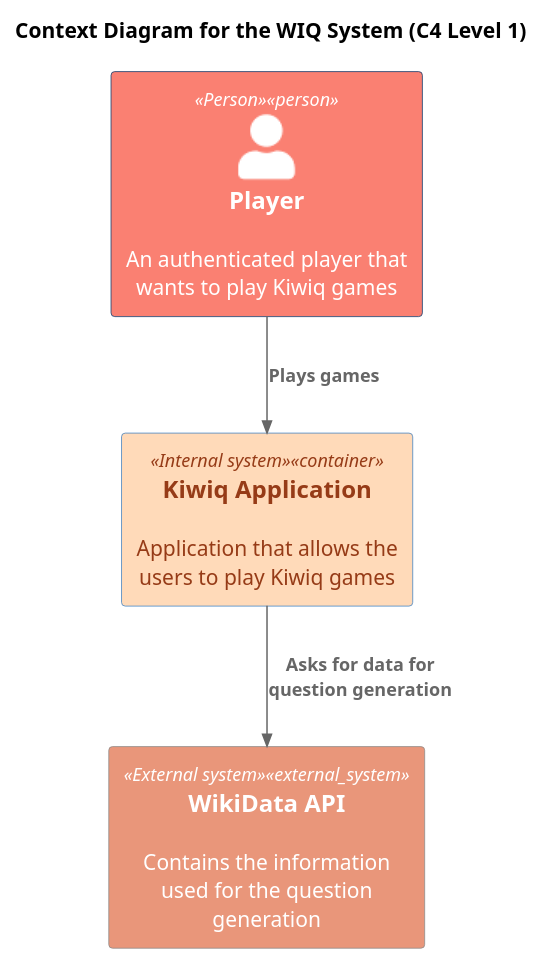
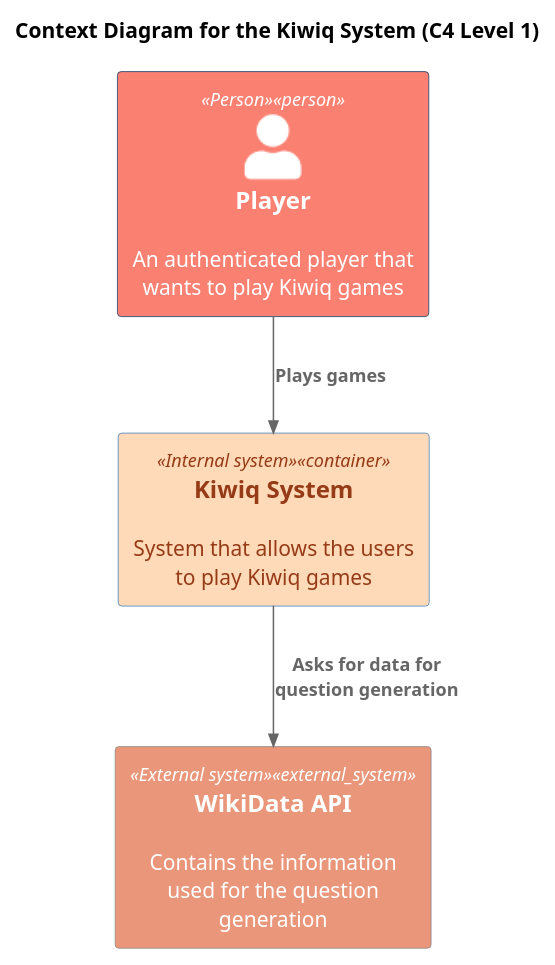
One commit to Arquisoft/wiq_en2b changed the diagram in docs/diagrams/c4/C4-Level1.puml. Above: the diagram before and after it, drawn with PlantUML. The commit also changed 1 other file, not shown here.

Commit message:
docs: c4 level 1 and 2

```diff
--- a/docs/diagrams/c4/C4-Level1.puml
+++ b/docs/diagrams/c4/C4-Level1.puml
@@ -1,21 +1,21 @@
 @startuml
 !includeurl https://raw.githubusercontent.com/RicardoNiepel/C4-PlantUML/master/C4_Container.puml
 !include <c4/C4_Context.puml>
 
-title Context Diagram for the WIQ System (C4 Level 1)
+title Context Diagram for the Kiwiq System (C4 Level 1)
 AddElementTag("Person", $bgColor="#salmon", $fontColor="#white")
 AddElementTag("Internal system", $bgColor="#peachpuff", $fontColor="#963b17")
 AddElementTag("External system", $bgColor="#darksalmon", $fontColor="#white")
 
 'Containers
 Person(player, Player,"An authenticated player that wants to play Kiwiq games", $tags="Person")
 
-Container(kiwiq, "Kiwiq Application","", "Application that allows the users to play Kiwiq games", $tags="Internal system")
+Container(kiwiq, "Kiwiq System","", "System that allows the users to play Kiwiq games", $tags="Internal system")
 
 
 System_Ext(wikidata,"WikiData API","Contains the information used for the question generation", $tags="External system")
 
 'RELATIONS
 Rel(player,kiwiq,"Plays games")
 Rel(kiwiq,wikidata,"Asks for data for question generation")
 @enduml
```
